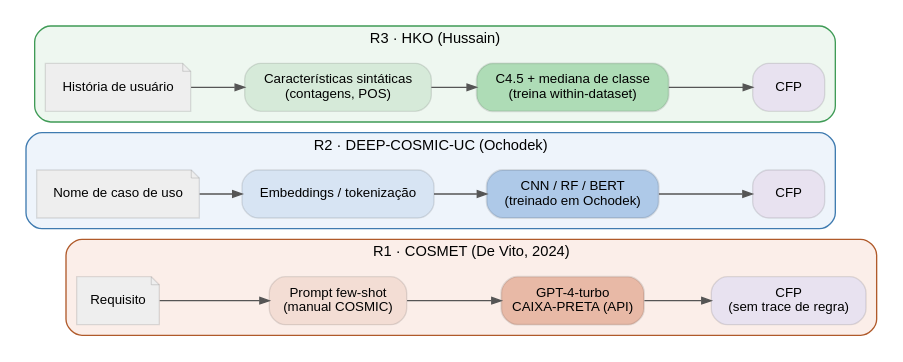
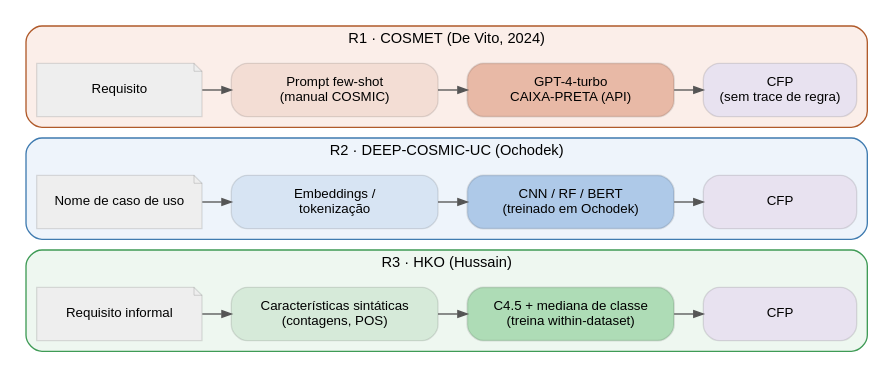
Before and after one commit to NathanaelCarauna/cosmic-hybrid-xai: the diagram in scripts/figures/diagrams/d4_competidores.dot, drawn with Graphviz. The commit also changed 103 other files, not shown here.

```diff
--- a/scripts/figures/diagrams/d4_competidores.dot
+++ b/scripts/figures/diagrams/d4_competidores.dot
@@ -1,38 +1,51 @@
-// D4 — Modelos competidores reexecutados (R1, R2, R3), lado a lado.
+// D4 — Modelos competidores reexecutados (R1, R2, R3), um por faixa.
+// As quatro etapas ficam em colunas alinhadas: rank=same amarra a coluna
+// (exige newrank) e a largura fixa por coluna faz as três faixas começarem e
+// terminarem no mesmo ponto. Os clusters são declarados na ordem R3, R2, R1
+// porque o dot os empilha invertidos; arestas invisíveis entre faixas não
+// mudam essa ordem.
 digraph competidores {
   rankdir=LR;
+  newrank=true;
   fontname="Helvetica";
-  node [fontname="Helvetica", fontsize=10, shape=box, style="rounded,filled", color="#33333322"];
+  node [fontname="Helvetica", fontsize=10, shape=box, style="rounded,filled",
+        color="#33333322", fixedsize=true, height=0.55];
   edge [fontname="Helvetica", fontsize=9, color="#555555", arrowsize=0.7];
-  nodesep=0.22; ranksep=0.45;
+  nodesep=0.22; ranksep=0.30;
 
-  subgraph cluster_r1 {
-    label="R1 · COSMET (De Vito, 2024)";
-    fontname="Helvetica"; fontsize=11; color="#b05a2a"; style="rounded"; bgcolor="#fbeee9";
-    r1in [label="Requisito", fillcolor="#eeeeee", shape=note];
-    r1p  [label="Prompt few-shot\n(manual COSMIC)", fillcolor="#f3ddd4"];
-    r1m  [label="GPT-4-turbo\nCAIXA-PRETA (API)", fillcolor="#e8b9a6", penwidth=1.4];
-    r1o  [label="CFP\n(sem trace de regra)", fillcolor="#e8e2f0"];
-    r1in -> r1p -> r1m -> r1o;
+  subgraph cluster_r3 {
+    label="R3 · HKO (Hussain)";
+    fontname="Helvetica"; fontsize=11; color="#3f9b56"; style="rounded"; bgcolor="#eef7f0";
+    r3in [label="Requisito informal", fillcolor="#eeeeee", shape=note, width=1.72];
+    r3f  [label="Características sintáticas\n(contagens, POS)", fillcolor="#d6ead9", width=2.15];
+    r3m  [label="C4.5 + mediana de classe\n(treina within-dataset)", fillcolor="#aedcb6", penwidth=1.4, width=2.15];
+    r3o  [label="CFP", fillcolor="#e8e2f0", width=1.60];
+    r3in -> r3f -> r3m -> r3o;
   }
 
   subgraph cluster_r2 {
     label="R2 · DEEP-COSMIC-UC (Ochodek)";
     fontname="Helvetica"; fontsize=11; color="#3f7bb0"; style="rounded"; bgcolor="#eef4fb";
-    r2in [label="Nome de caso de uso", fillcolor="#eeeeee", shape=note];
-    r2e  [label="Embeddings / tokenização", fillcolor="#d7e4f3"];
-    r2m  [label="CNN / RF / BERT\n(treinado em Ochodek)", fillcolor="#aec9e8", penwidth=1.4];
-    r2o  [label="CFP", fillcolor="#e8e2f0"];
+    r2in [label="Nome de caso de uso", fillcolor="#eeeeee", shape=note, width=1.72];
+    r2e  [label="Embeddings /\ntokenização", fillcolor="#d7e4f3", width=2.15];
+    r2m  [label="CNN / RF / BERT\n(treinado em Ochodek)", fillcolor="#aec9e8", penwidth=1.4, width=2.15];
+    r2o  [label="CFP", fillcolor="#e8e2f0", width=1.60];
     r2in -> r2e -> r2m -> r2o;
   }
 
-  subgraph cluster_r3 {
-    label="R3 · HKO (Hussain)";
-    fontname="Helvetica"; fontsize=11; color="#3f9b56"; style="rounded"; bgcolor="#eef7f0";
-    r3in [label="História de usuário", fillcolor="#eeeeee", shape=note];
-    r3f  [label="Características sintáticas\n(contagens, POS)", fillcolor="#d6ead9"];
-    r3m  [label="C4.5 + mediana de classe\n(treina within-dataset)", fillcolor="#aedcb6", penwidth=1.4];
-    r3o  [label="CFP", fillcolor="#e8e2f0"];
-    r3in -> r3f -> r3m -> r3o;
+  subgraph cluster_r1 {
+    label="R1 · COSMET (De Vito, 2024)";
+    fontname="Helvetica"; fontsize=11; color="#b05a2a"; style="rounded"; bgcolor="#fbeee9";
+    r1in [label="Requisito", fillcolor="#eeeeee", shape=note, width=1.72];
+    r1p  [label="Prompt few-shot\n(manual COSMIC)", fillcolor="#f3ddd4", width=2.15];
+    r1m  [label="GPT-4-turbo\nCAIXA-PRETA (API)", fillcolor="#e8b9a6", penwidth=1.4, width=2.15];
+    r1o  [label="CFP\n(sem trace de regra)", fillcolor="#e8e2f0", width=1.60];
+    r1in -> r1p -> r1m -> r1o;
   }
+
+  {rank=same; r1in; r2in; r3in;}
+  {rank=same; r1p;  r2e;  r3f;}
+  {rank=same; r1m;  r2m;  r3m;}
+  {rank=same; r1o;  r2o;  r3o;}
+
 }
```
